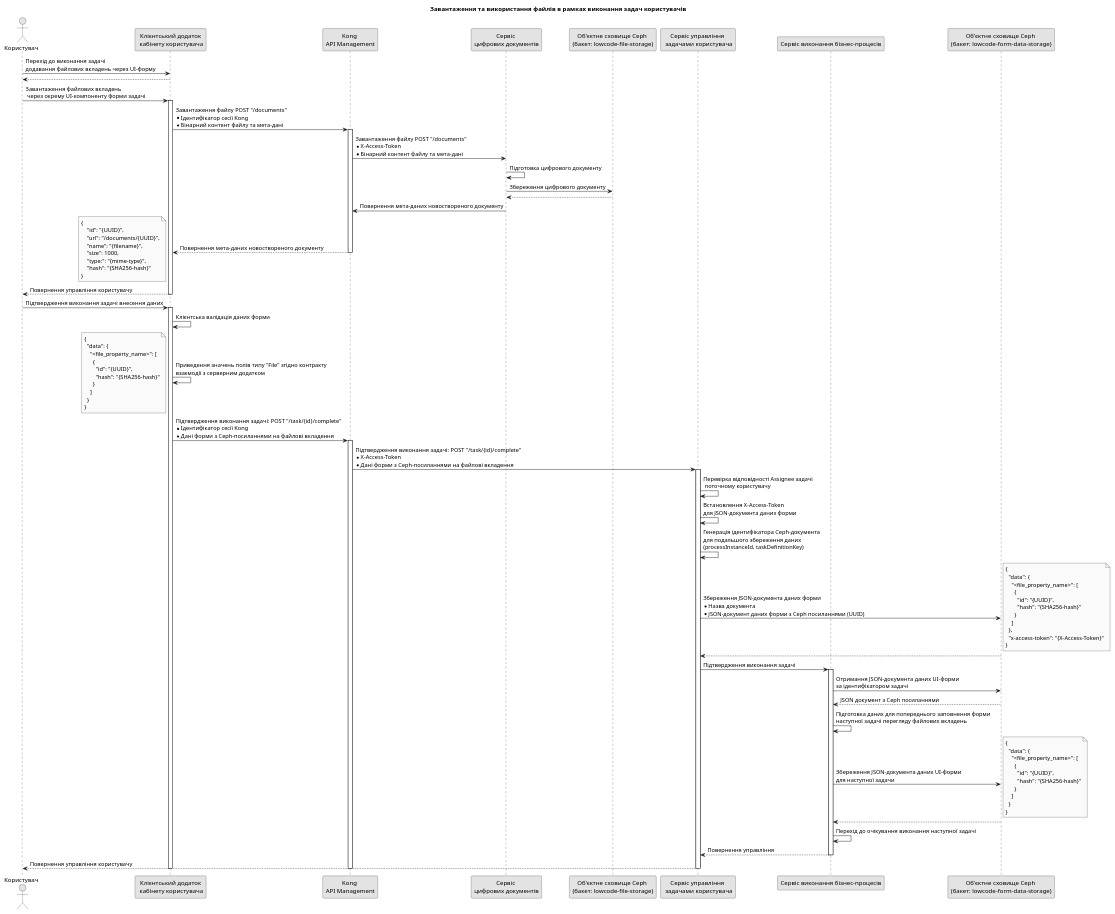
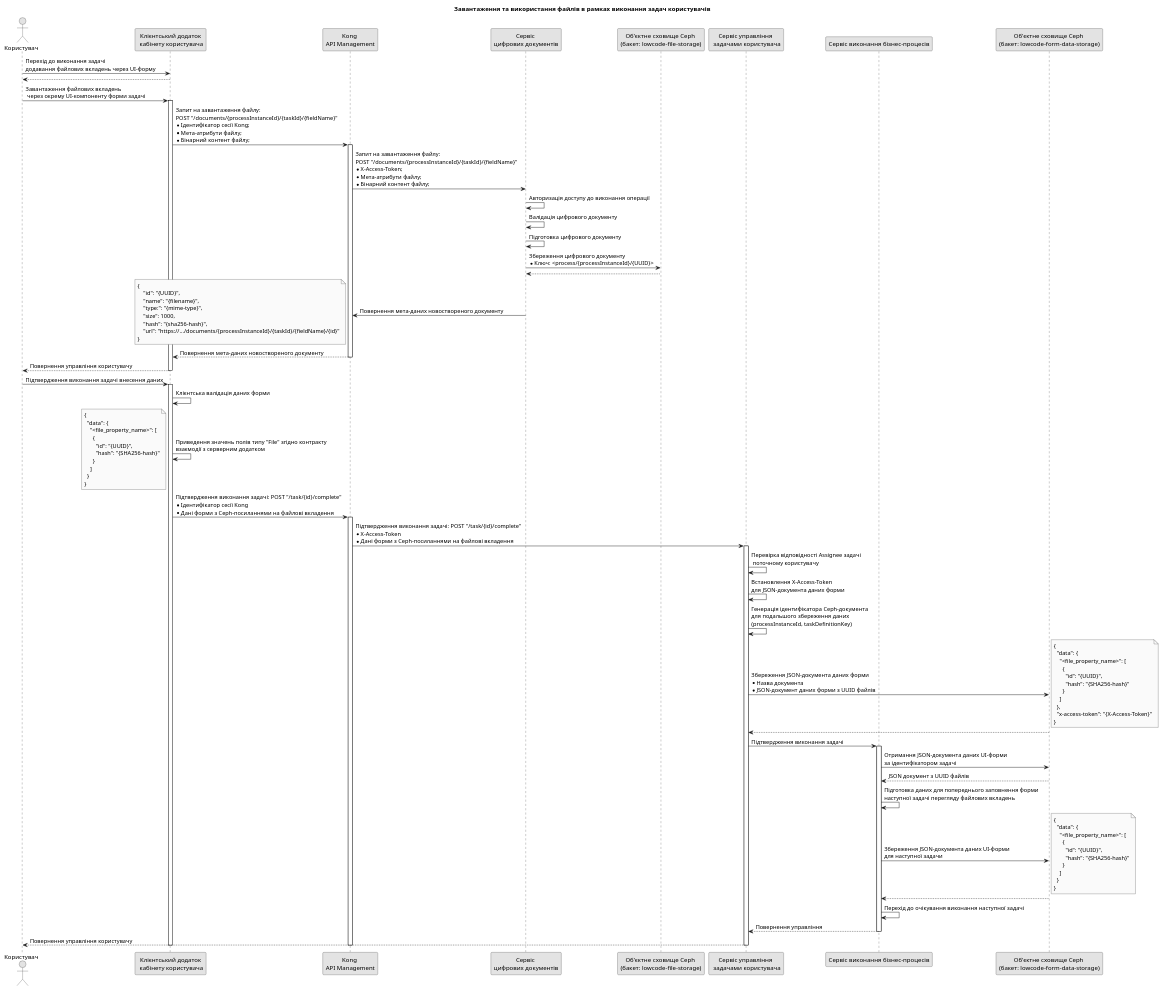
Before and after one commit to epam/edp-ddm-architecture: the diagram in modules/ROOT/partials/lowcode/file-upload.puml, drawn with PlantUML. The commit also changed 5 other files, not shown here.

Commit message:
[MDTUDDM-7621] Digital documents service tech design

```diff
--- a/modules/ROOT/partials/lowcode/file-upload.puml
+++ b/modules/ROOT/partials/lowcode/file-upload.puml
@@ -1,112 +1,114 @@
 @startuml
 skinparam monochrome true
 
 actor "Користувач" as user
 participant "Клієнтський додаток\n кабінету користувача" as cabinet
 participant "Kong \nAPI Management" as kong
 participant "Сервіс \nцифрових документів" as digital_documents
 participant "Об'єктне сховище Ceph \n(бакет: lowcode-file-storage)" as file_storage_ceph
 participant "Сервіс управління \n задачами користувача" as user_task_mngmnt
 participant "Сервіс виконання бізнес-процесів" as bpms
 participant "Об'єктне сховище Ceph \n(бакет: lowcode-form-data-storage)" as form_data_ceph
 
 skinparam responseMessageBelowArrow false
 title Завантаження та використання файлів в рамках виконання задач користувачів
 
 user -> cabinet: Перехід до виконання задачі \nдодавання файлових вкладень через UI-форму
 return
 
 user -> cabinet: Завантаження файлових вкладень\n через окрему UI-компоненту форми задачі
 activate cabinet
-  cabinet -> kong: Завантаження файлу POST "/documents" \n* Ідентифікатор сесії Kong \n* Бінарний контент файлу та мета-дані
+  cabinet -> kong: Запит на завантаження файлу: \nPOST "/documents/{processInstanceId}/{taskId}/{fieldName}" \n* Ідентифікатор сесії Kong; \n* Мета-атрибути файлу; \n* Бінарний контент файлу;
   activate kong
-    kong -> digital_documents: Завантаження файлу POST "/documents" \n* X-Access-Token \n* Бінарний контент файлу та мета-дані
+    kong -> digital_documents: Запит на завантаження файлу: \nPOST "/documents/{processInstanceId}/{taskId}/{fieldName}" \n* X-Access-Token; \n* Мета-атрибути файлу; \n* Бінарний контент файлу;
+    digital_documents -> digital_documents: Авторизація доступу до виконання операції
+    digital_documents -> digital_documents: Валідація цифрового документу
     digital_documents -> digital_documents: Підготовка цифрового документу
-    digital_documents -> file_storage_ceph: Збереження цифрового документу
+    digital_documents -> file_storage_ceph: Збереження цифрового документу \n* Ключ: <process/{processInstanceId}/{UUID}>
     file_storage_ceph --> digital_documents
     digital_documents -> kong: Повернення мета-даних новоствореного документу
-    kong --> cabinet: Повернення мета-даних новоствореного документу
     note left
       {
           "id": "{UUID}",
-          "url": "/documents/{UUID}",
           "name": "{filename}",
+          "type:": "{mime-type}",
           "size": 1000,
-          "type:": "{mime-type}",
-          "hash": "{SHA256-hash}"
+          "hash": "{sha256-hash}",
+          "url": "https://.../documents/{processInstanceId}/{taskId}/{fieldName}/{id}"
       }
     end note
+    kong --> cabinet: Повернення мета-даних новоствореного документу
   deactivate kong
 return Повернення управління користувачу
 
 user -> cabinet: Підтвердження виконання задачі внесення даних
 activate cabinet
   cabinet -> cabinet: Клієнтська валідація даних форми
 
   cabinet -> cabinet: Приведення значень полів типу "File" згідно контракту \nвзаємодії з серверним додатком
   note left
     {
       "data": {
         "<file_property_name>": [
           {
             "id": "{UUID}",
             "hash": "{SHA256-hash}"
           }
         ]
       }
     }
   end note
 
   cabinet -> kong: Підтвердження виконання задачі: POST "/task/{id}/complete" \n*Ідентифікатор сесії Kong \n*Дані форми з Ceph-посиланнями на файлові вкладення
   activate kong
     kong -> user_task_mngmnt: Підтвердження виконання задачі: POST "/task/{id}/complete" \n* X-Access-Token \n*Дані форми з Ceph-посиланнями на файлові вкладення
     activate user_task_mngmnt
       user_task_mngmnt -> user_task_mngmnt: Перевірка відповідності Assignee задачі\n поточному користувачу
       user_task_mngmnt -> user_task_mngmnt: Встановлення X-Access-Token \nдля JSON-документа даних форми
 
       user_task_mngmnt -> user_task_mngmnt: Генерація ідентифікатора Ceph-документа \nдля подальшого збереження даних \n(processInstanceId, taskDefinitionKey)
-      user_task_mngmnt -> form_data_ceph: Збереження JSON-документа даних форми \n* Назва документа \n* JSON-документ даних форми з Ceph посиланнями (UUID)
+      user_task_mngmnt -> form_data_ceph: Збереження JSON-документа даних форми \n* Назва документа \n* JSON-документ даних форми з UUID файлів
       note right
         {
           "data": {
             "<file_property_name>": [
               {
                 "id": "{UUID}",
                 "hash": "{SHA256-hash}"
               }
             ]
           },
           "x-access-token": "{X-Access-Token}"
         }
       end note
 
       form_data_ceph --> user_task_mngmnt
 
       user_task_mngmnt -> bpms: Підтвердження виконання задачі
       activate bpms
         bpms -> form_data_ceph: Отримання JSON-документа даних UI-форми \nза ідентифікатором задачі
-        form_data_ceph --> bpms: JSON документ з Ceph посиланнями
+        form_data_ceph --> bpms: JSON документ з UUID файлів
         bpms -> bpms: Підготовка даних для попереднього заповнення форми \nнаступної задачі перегляду файлових вкладень
         bpms -> form_data_ceph: Збереження JSON-документа даних UI-форми \nдля наступної задачи
         note right
           {
             "data": {
               "<file_property_name>": [
                 {
                   "id": "{UUID}",
                   "hash": "{SHA256-hash}"
                 }
               ]
             }
           }
         end note
 
         form_data_ceph --> bpms
         bpms -> bpms: Перехід до очікування виконання наступної задачі
       return Повернення управління
       user_task_mngmnt --> user: Повернення управління користувачу
     deactivate
   deactivate
 deactivate
 
 @enduml
```
